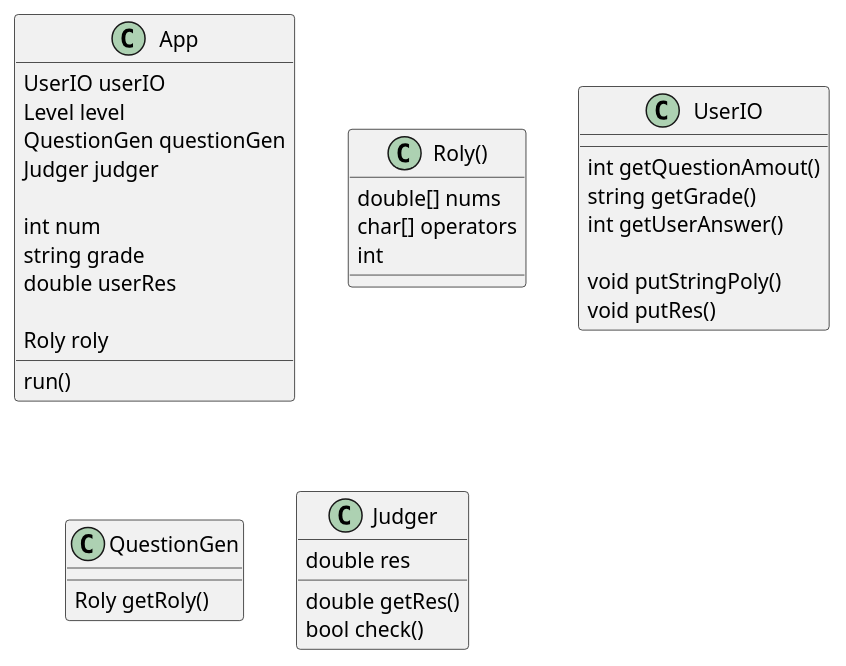
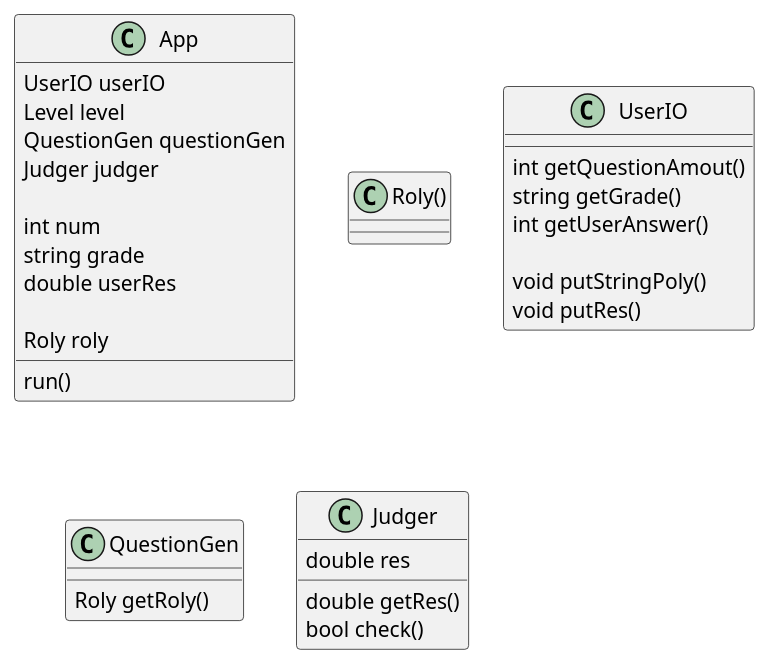
One commit to pppassworddd/collaborative-programming changed the diagram in 类图.puml. Above: the diagram before and after it, drawn with PlantUML. The commit also changed 15 other files, not shown here.

```diff
--- a/类图.puml
+++ b/类图.puml
@@ -1,44 +1,42 @@
 @startuml 类图
 
 class App{
     UserIO userIO
     Level level
     QuestionGen questionGen
     Judger judger
 
     int num
     string grade
     double userRes
 
     Roly roly
 
     run()
 }
 
 class Roly(){
-    double[] nums
-    char[] operators
-    int 
+    
 }
 
 class UserIO{
 
     int getQuestionAmout()
     string getGrade()
     int getUserAnswer()
 
     void putStringPoly()
     void putRes()
 }
 
 class QuestionGen {
     Roly getRoly()
 }
 
 class Judger{
     double res
 
     double getRes()
     bool check() 
 } 
 @enduml
```
